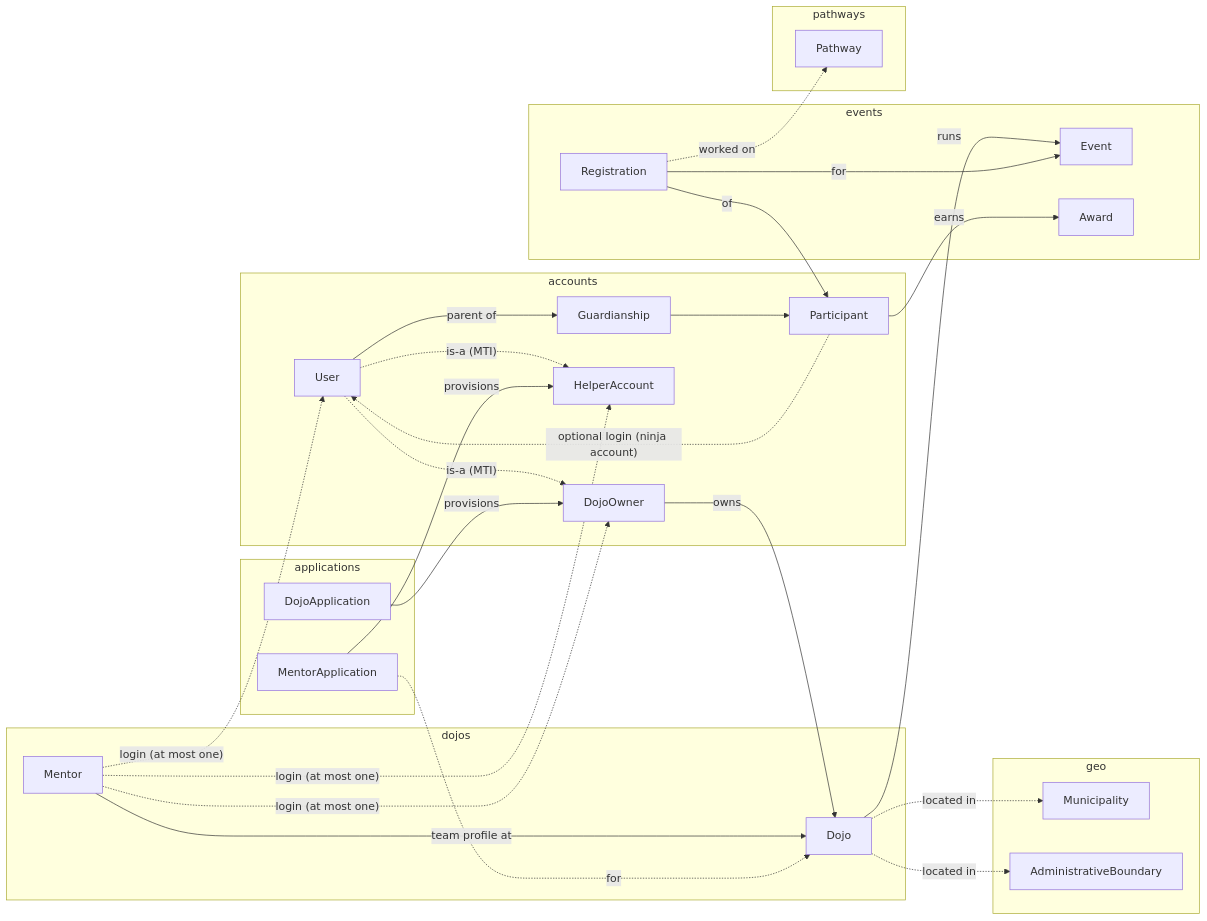
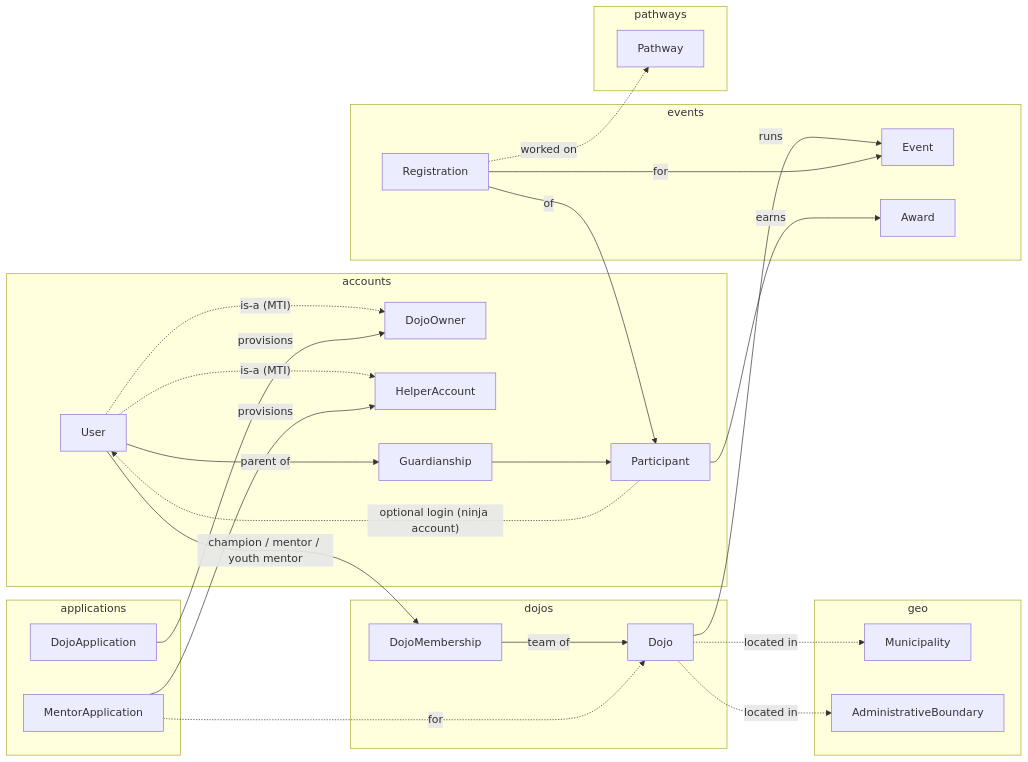
Before and after one commit to DoublG/coderdojo-event-registration: the first of 20 diagrams in DATA_MODEL.md, drawn with Mermaid. The commit also changed other lines of this file and 65 other files, not shown here.

````diff
--- a/DATA_MODEL.md
+++ b/DATA_MODEL.md
@@ -42,47 +42,46 @@
 ```mermaid
 flowchart LR
     subgraph accounts
         User
         DojoOwner
         HelperAccount
         Guardianship
         Participant
     end
     subgraph dojos
         Dojo
-        Mentor
+        DojoMembership
     end
     subgraph events
         Event
         Registration
         Award
     end
     subgraph applications
         DojoApplication
         MentorApplication
     end
     subgraph pathways
         Pathway
     end
     subgraph geo
         Municipality
         AdministrativeBoundary
     end
 
     User -. "is-a (MTI)" .-> DojoOwner & HelperAccount
-    DojoOwner -- owns --> Dojo
-    Mentor -- "team profile at" --> Dojo
-    Mentor -. "login (at most one)" .-> DojoOwner & HelperAccount & User
+    User -- "champion / mentor / youth mentor" --> DojoMembership
+    DojoMembership -- "team of" --> Dojo
     User -- "parent of" --> Guardianship
     Guardianship --> Participant
     Participant -. "optional login (ninja account)" .-> User
     Dojo -- runs --> Event
     Registration -- for --> Event
     Registration -- of --> Participant
     Registration -. "worked on" .-> Pathway
     Participant -- earns --> Award
     DojoApplication -- provisions --> DojoOwner
     MentorApplication -- provisions --> HelperAccount
     MentorApplication -. "for" .-> Dojo
     Dojo -. located in .-> Municipality & AdministrativeBoundary
 ```
````
